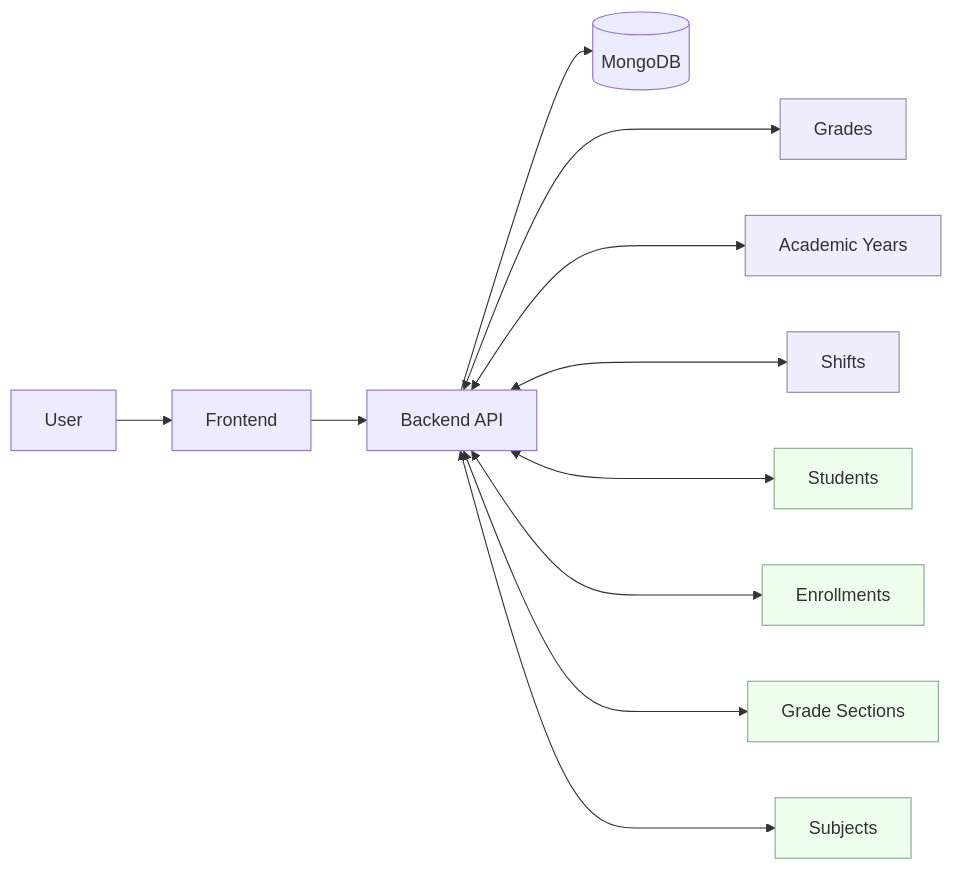
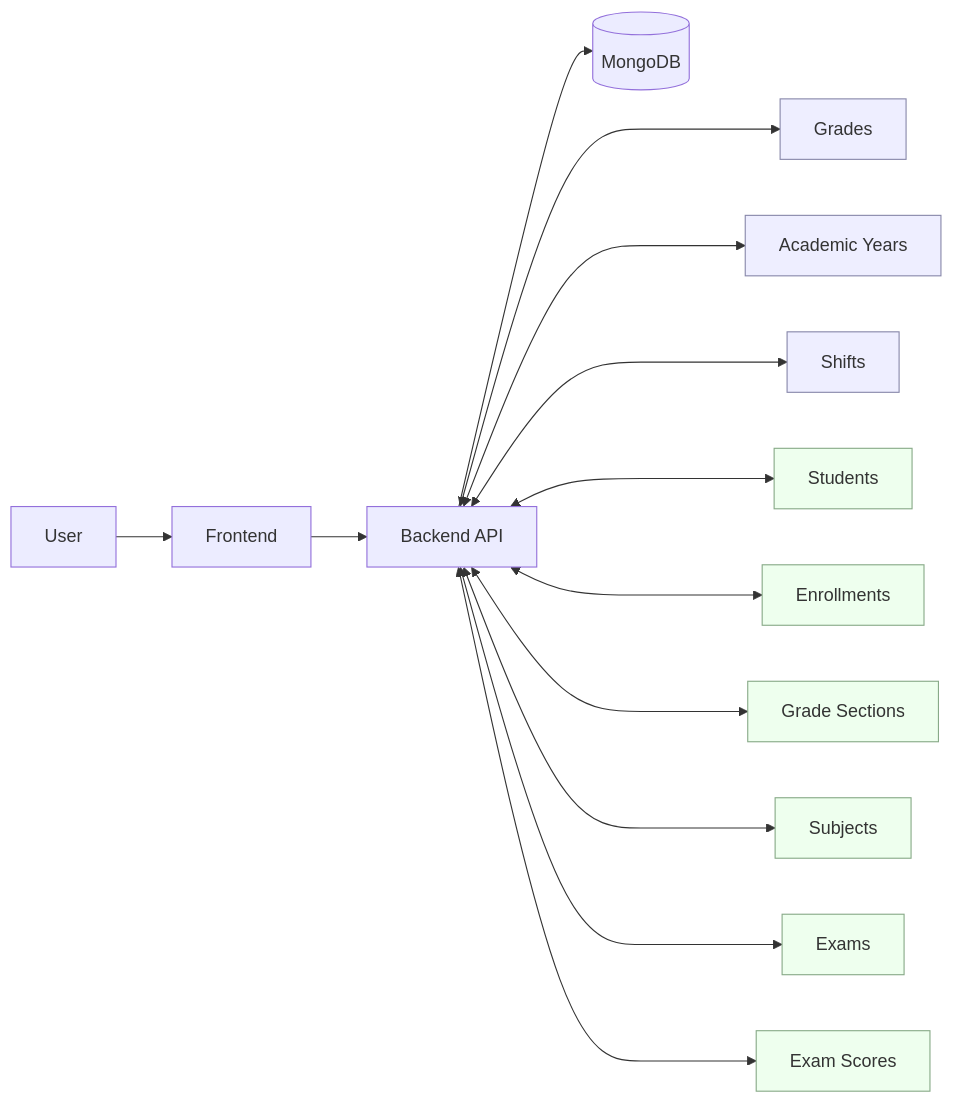
Before and after one commit to khays62/nuuru-al-bayaan: the first of 6 diagrams in docs/DIAGRAMS.md, drawn with Mermaid. The commit also changed other lines of this file and 34 other files, not shown here.

````diff
--- a/docs/DIAGRAMS.md
+++ b/docs/DIAGRAMS.md
@@ -6,32 +6,36 @@
 ```mermaid
 flowchart LR
   U[User]
   FE[Frontend]
   BE[Backend API]
   DB[(MongoDB)]
 
   U --> FE
   FE --> BE
   BE --> DB
 
   %% Lookups
   G[Grades]:::lk
   AY[Academic Years]:::lk
   SH[Shifts]:::lk
   BE <---> G
   BE <---> AY
   BE <---> SH
 
   %% Entities
   ST[Students]:::en
   EN[Enrollments]:::en
   GS[Grade Sections]:::en
   SB[Subjects]:::en
+  EX[Exams]:::en
+  SC[Exam Scores]:::en
   BE <---> ST
   BE <---> EN
   BE <---> GS
   BE <---> SB
+  BE <---> EX
+  BE <---> SC
 
   classDef lk fill:#eef,stroke:#88a;
   classDef en fill:#efe,stroke:#8a8;
 ```
````
